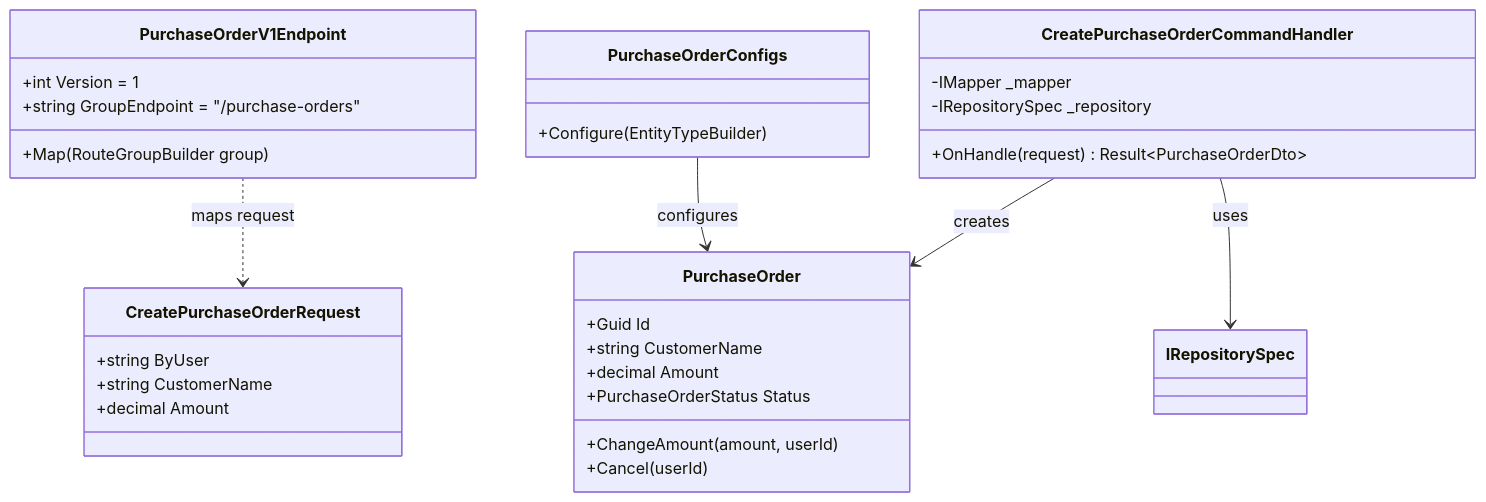
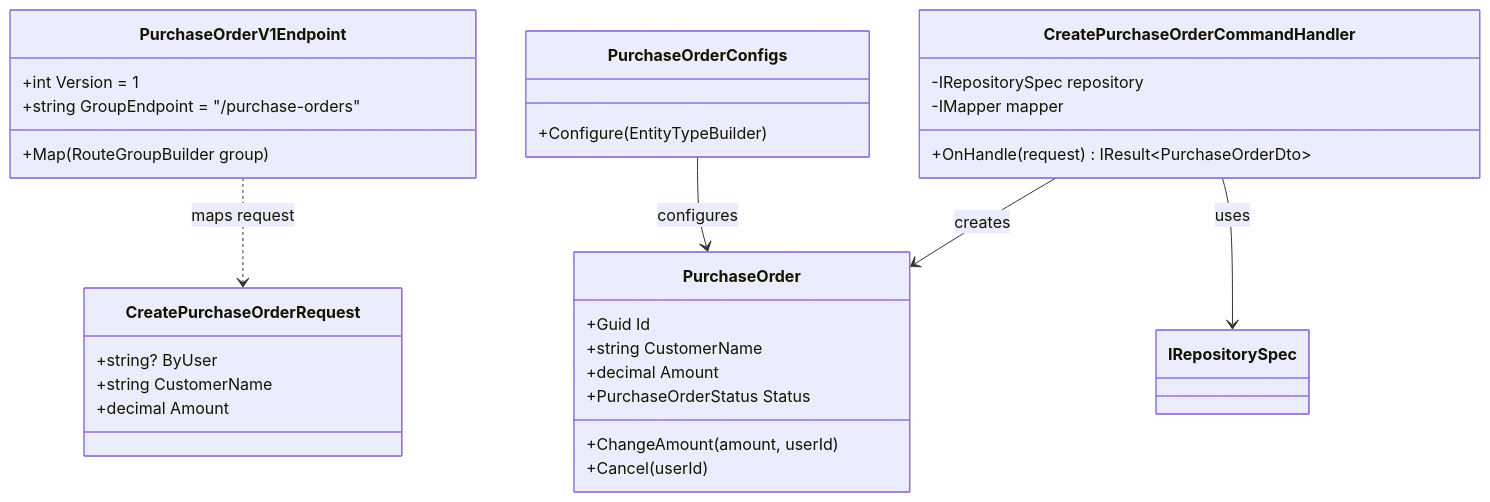
Before and after one commit to baoduy/DKNet.Templates: the second of 4 diagrams in .github/skills/dknet-feature-documentation/SKILL.md, drawn with Mermaid. The commit also changed other lines of this file and 49 other files, not shown here.

````diff
--- a/.github/skills/dknet-feature-documentation/SKILL.md
+++ b/.github/skills/dknet-feature-documentation/SKILL.md
@@ -240,38 +255,38 @@
 ```mermaid
 classDiagram
     class PurchaseOrderV1Endpoint {
         +int Version = 1
         +string GroupEndpoint = "/purchase-orders"
         +Map(RouteGroupBuilder group)
     }
 
     class CreatePurchaseOrderRequest {
-        +string ByUser
+        +string? ByUser
         +string CustomerName
         +decimal Amount
     }
 
     class CreatePurchaseOrderCommandHandler {
-        -IMapper _mapper
-        -IRepositorySpec _repository
-        +OnHandle(request) Result~PurchaseOrderDto~
+        -IRepositorySpec repository
+        -IMapper mapper
+        +OnHandle(request) IResult~PurchaseOrderDto~
     }
 
     class PurchaseOrder {
         +Guid Id
         +string CustomerName
         +decimal Amount
         +PurchaseOrderStatus Status
         +ChangeAmount(amount, userId)
         +Cancel(userId)
     }
 
     class PurchaseOrderConfigs {
         +Configure(EntityTypeBuilder)
     }
 
     PurchaseOrderV1Endpoint ..> CreatePurchaseOrderRequest : maps request
     CreatePurchaseOrderCommandHandler --> PurchaseOrder : creates
     CreatePurchaseOrderCommandHandler --> IRepositorySpec : uses
     PurchaseOrderConfigs --> PurchaseOrder : configures
 ```
````
